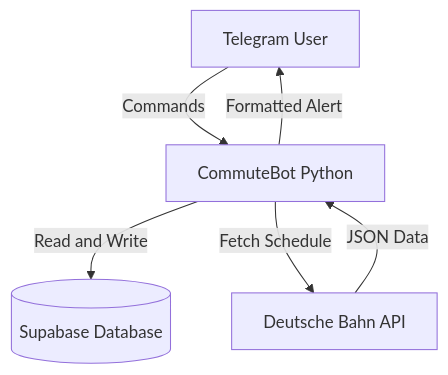
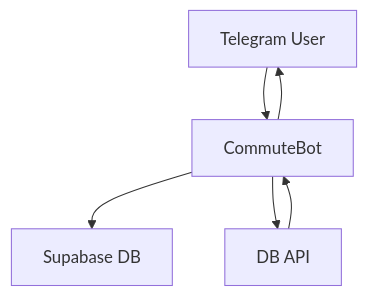
One commit to ravindu47/db-delay-notifier changed the diagram in README.md. Above: the diagram before and after it, drawn with Mermaid.

Commit message:
Revise system architecture diagram for clarity
Updated system architecture diagram in README.

````diff
--- a/README.md
+++ b/README.md
@@ -62,8 +62,8 @@
 ```mermaid
 graph TD
-    User[Telegram User] -->|Commands| Bot[CommuteBot Python]
-    Bot -->|Read and Write| DB[(Supabase Database)]
-    Bot -->|Fetch Schedule| API[Deutsche Bahn API]
-    API -->|JSON Data| Bot
-    Bot -->|Formatted Alert| User
+    A[Telegram User] --> B[CommuteBot]
+    B --> C[Supabase DB]
+    B --> D[DB API]
+    D --> B
+    B --> A
 ```
````
